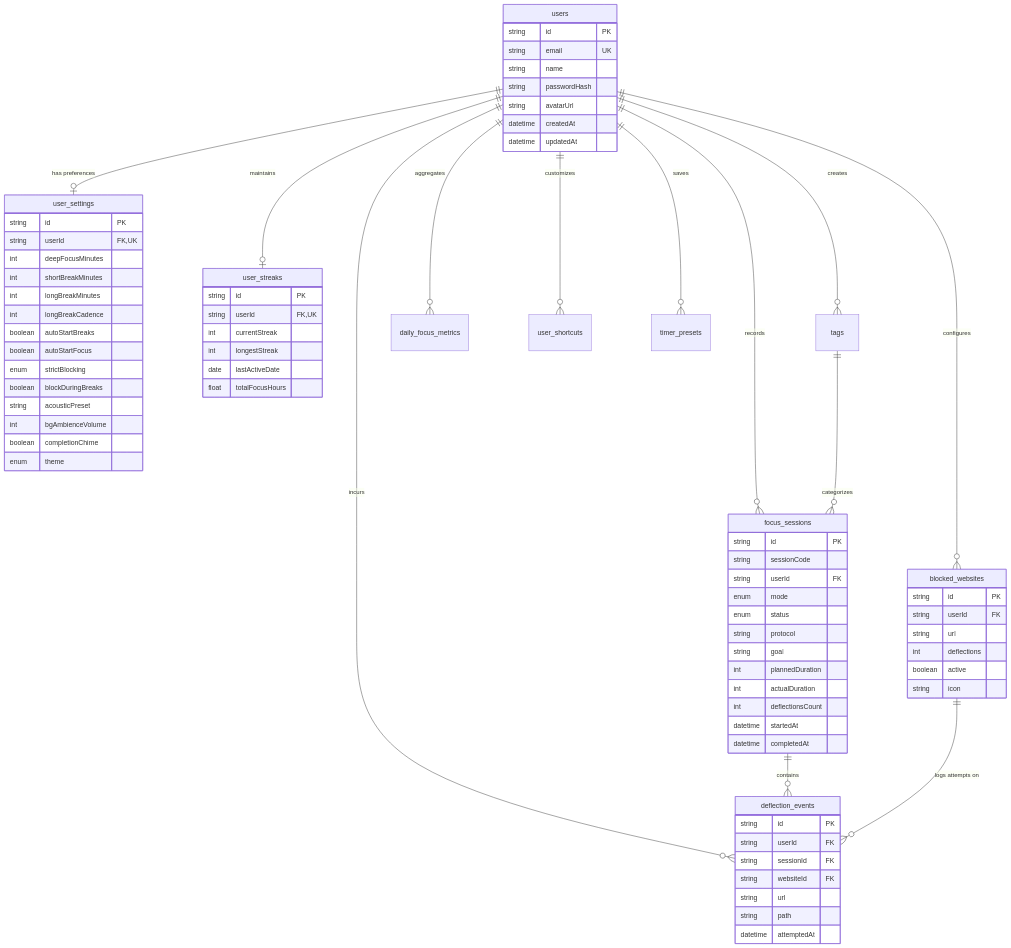
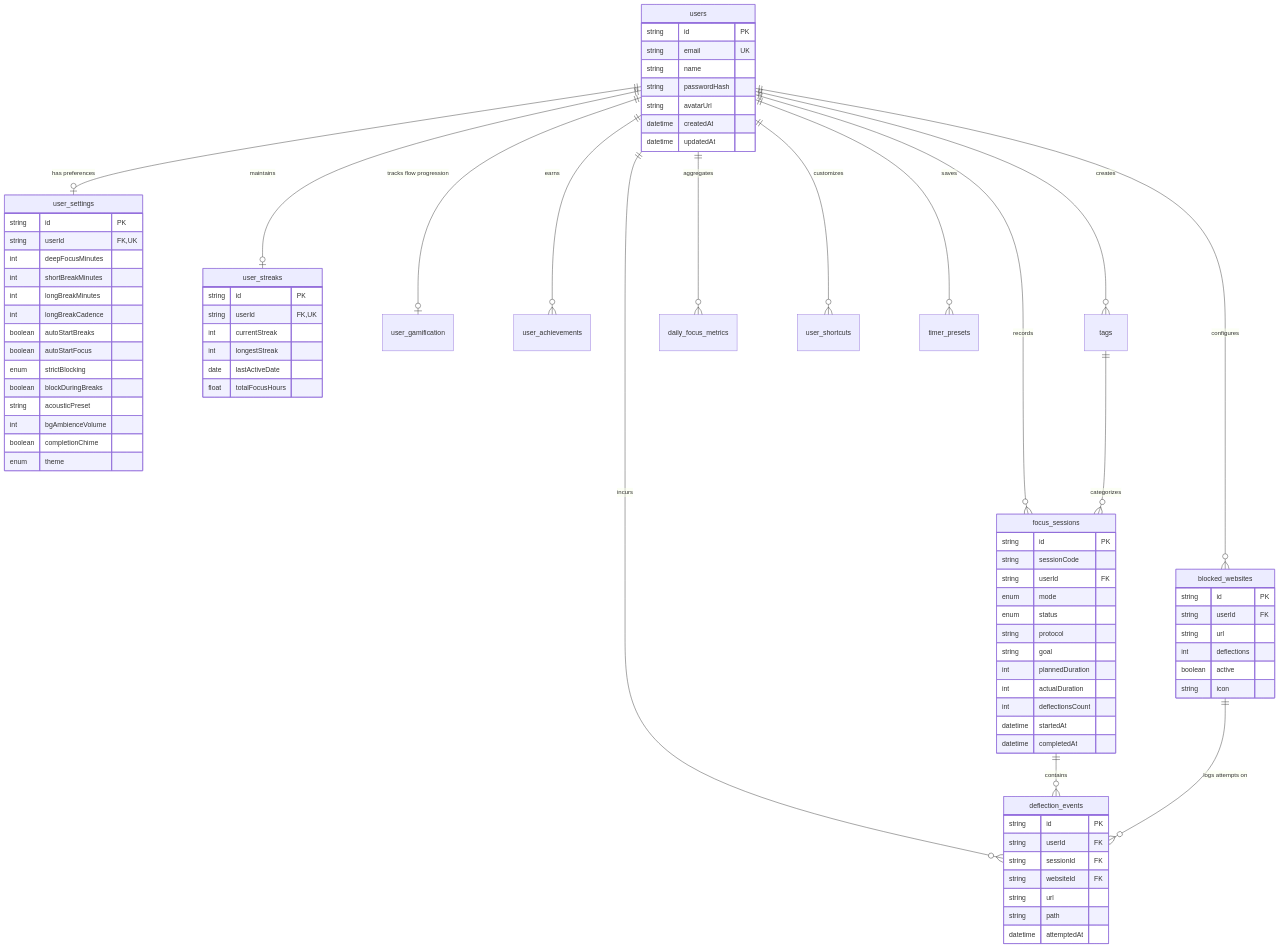
One commit to LeoDivine/do-not-disturb changed the diagram in docs/database-schema.md. Above: the diagram before and after it, drawn with Mermaid. The commit also changed other lines of this file and 98 other files, not shown here.

```diff
--- a/docs/database-schema.md
+++ b/docs/database-schema.md
@@ -20,6 +20,8 @@
 erDiagram
     users ||--o| user_settings : "has preferences"
     users ||--o| user_streaks : "maintains"
+    users ||--o| user_gamification : "tracks flow progression"
+    users ||--o{ user_achievements : "earns"
     users ||--o{ focus_sessions : "records"
     users ||--o{ blocked_websites : "configures"
     users ||--o{ deflection_events : "incurs"
```
